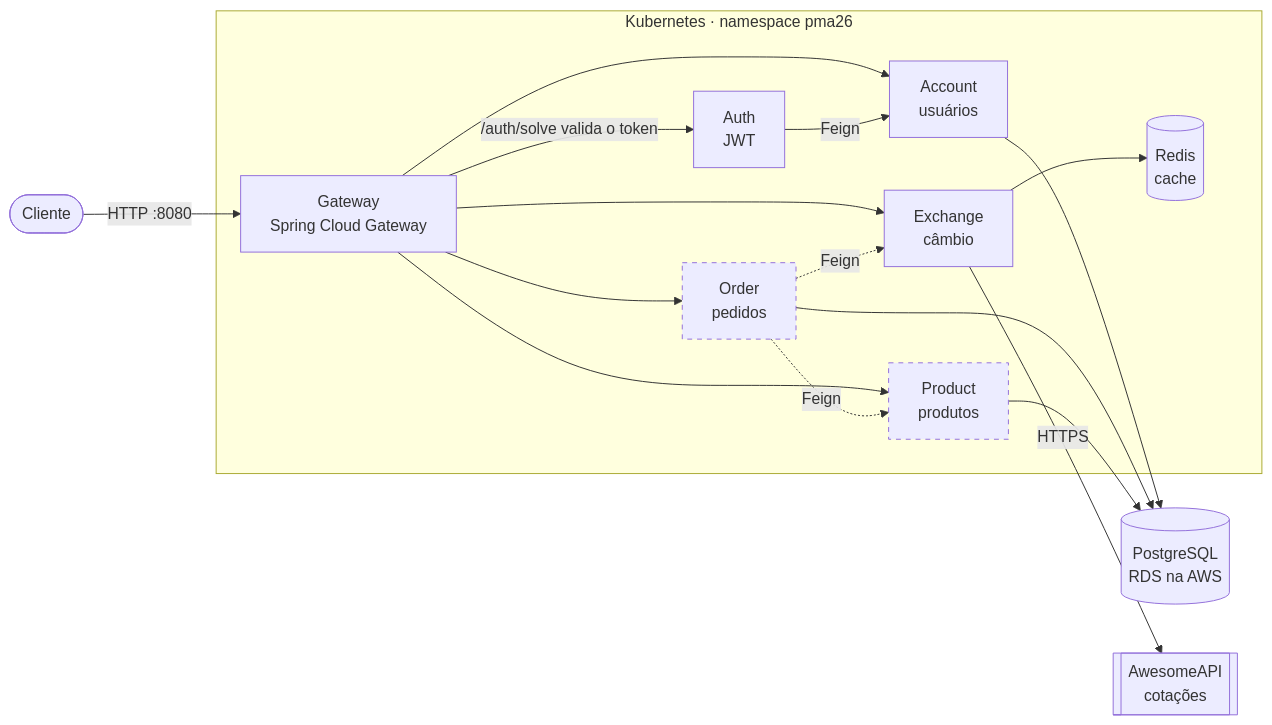
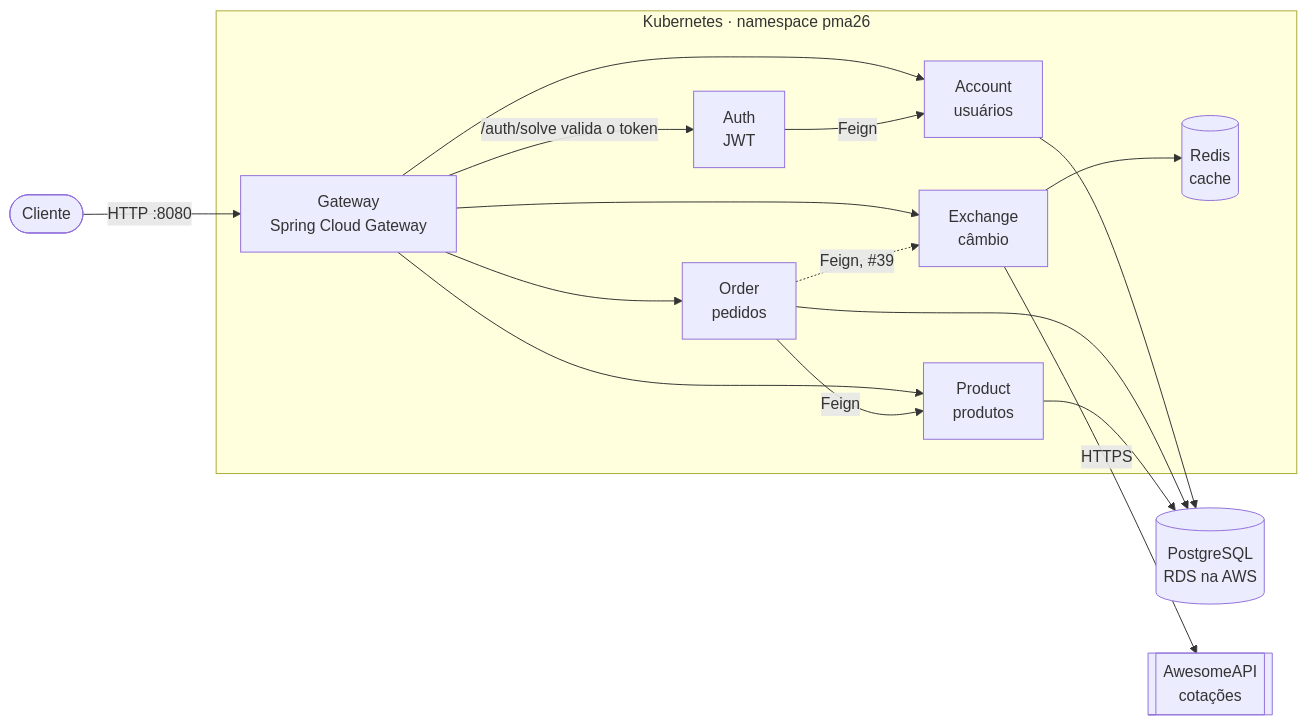
One commit to Organizacao-dos-Coisa-Ruim/pma26 changed the first of 3 diagrams in docs/arquitetura.md. Above: the diagram before and after it, drawn with Mermaid. The commit also changed other lines of this file and 1 other file, not shown here.

Commit message:
docs: diagrama da infraestrutura na AWS (#90)

````diff
--- a/docs/arquitetura.md
+++ b/docs/arquitetura.md
@@ -7,27 +7,26 @@
 ``` mermaid
 flowchart LR
     cliente([Cliente]) -->|HTTP :8080| gateway
 
     subgraph cluster [Kubernetes · namespace pma26]
         gateway[Gateway<br/>Spring Cloud Gateway]
         auth[Auth<br/>JWT]
         account[Account<br/>usuários]
         exchange[Exchange<br/>câmbio]
-        order[Order<br/>pedidos]:::pendente
-        product[Product<br/>produtos]:::pendente
+        order[Order<br/>pedidos]
+        product[Product<br/>produtos]
         redis[(Redis<br/>cache)]
     end
 
     db[(PostgreSQL<br/>RDS na AWS)]
     awesome[[AwesomeAPI<br/>cotações]]
 
     gateway -->|/auth/solve valida o token| auth
     gateway --> account & exchange & order & product
     auth -->|Feign| account
-    order -.->|Feign| product & exchange
+    order -->|Feign| product
+    order -.->|Feign, #39| exchange
     exchange --> redis
     exchange -->|HTTPS| awesome
     account & order & product --> db
-
-    classDef pendente stroke-dasharray: 5 5
 ```
````
